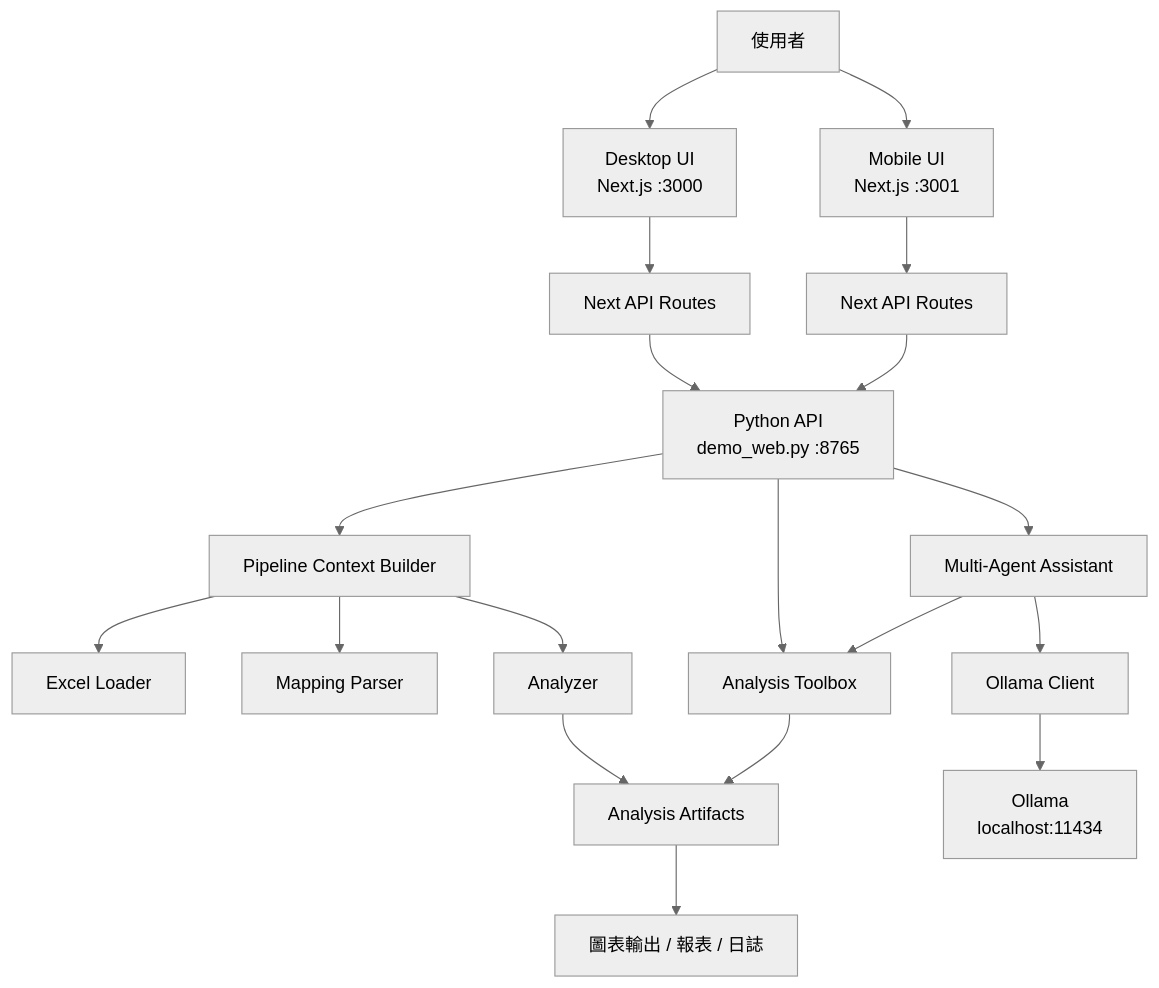
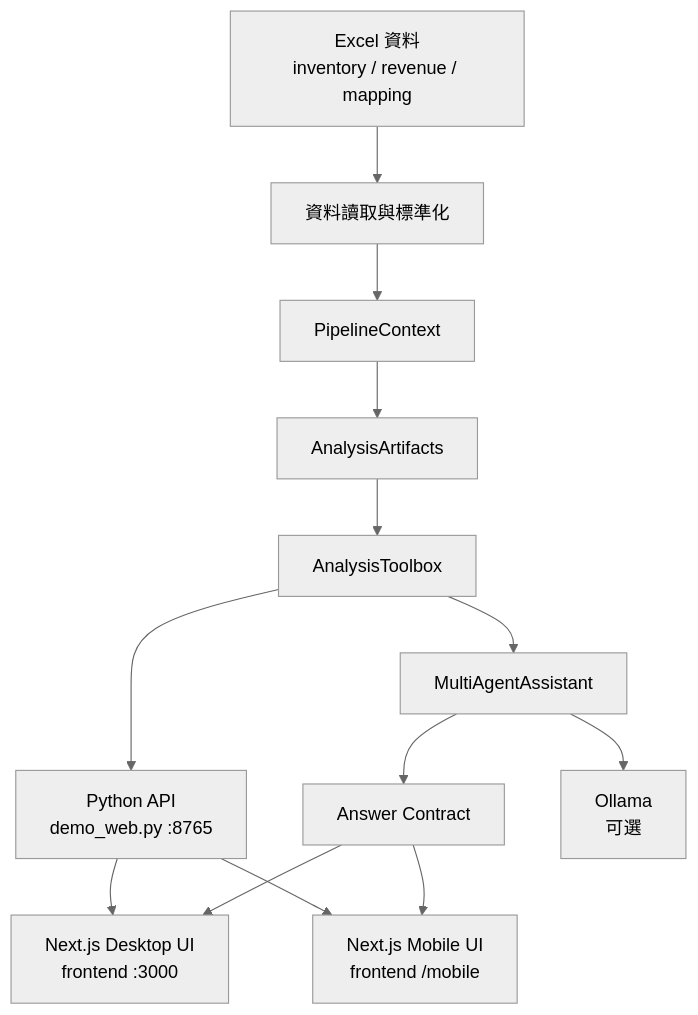
The first of 2 diagrams in TECHNICAL_REPORT.md (Itzel0115/rvn), drawn with Mermaid (neutral theme) before and after one commit. The commit also changed other lines of this file and 99 other files, not shown here.

Commit message:
Replace old project with latest revenue inventory system

````diff
--- a/TECHNICAL_REPORT.md
+++ b/TECHNICAL_REPORT.md
@@ -62,28 +89,18 @@
 ```mermaid
 flowchart TD
-    A[使用者] --> B[Desktop UI<br/>Next.js :3000]
-    A --> C[Mobile UI<br/>Next.js :3001]
+    A[Excel 資料<br/>inventory / revenue / mapping] --> B[資料讀取與標準化]
+    B --> C[PipelineContext]
+    C --> D[AnalysisArtifacts]
+    D --> E[AnalysisToolbox]
 
-    B --> D[Next API Routes]
-    C --> E[Next API Routes]
+    E --> F[Python API<br/>demo_web.py :8765]
+    E --> G[MultiAgentAssistant]
+    G --> H[Answer Contract]
 
-    D --> F[Python API<br/>demo_web.py :8765]
-    E --> F
+    F --> I[Next.js Desktop UI<br/>frontend :3000]
+    F --> J[Next.js Mobile UI<br/>frontend /mobile]
+    H --> I
+    H --> J
 
-    F --> G[Pipeline Context Builder]
-    G --> H[Excel Loader]
-    G --> I[Mapping Parser]
-    G --> J[Analyzer]
-
-    F --> K[Analysis Toolbox]
-    F --> L[Multi-Agent Assistant]
-
-    L --> K
-    L --> M[Ollama Client]
-
-    J --> N[Analysis Artifacts]
-    K --> N
-    M --> O[Ollama<br/>localhost:11434]
-
-    N --> P[圖表輸出 / 報表 / 日誌]
+    G --> K[Ollama<br/>可選]
 ```
````
